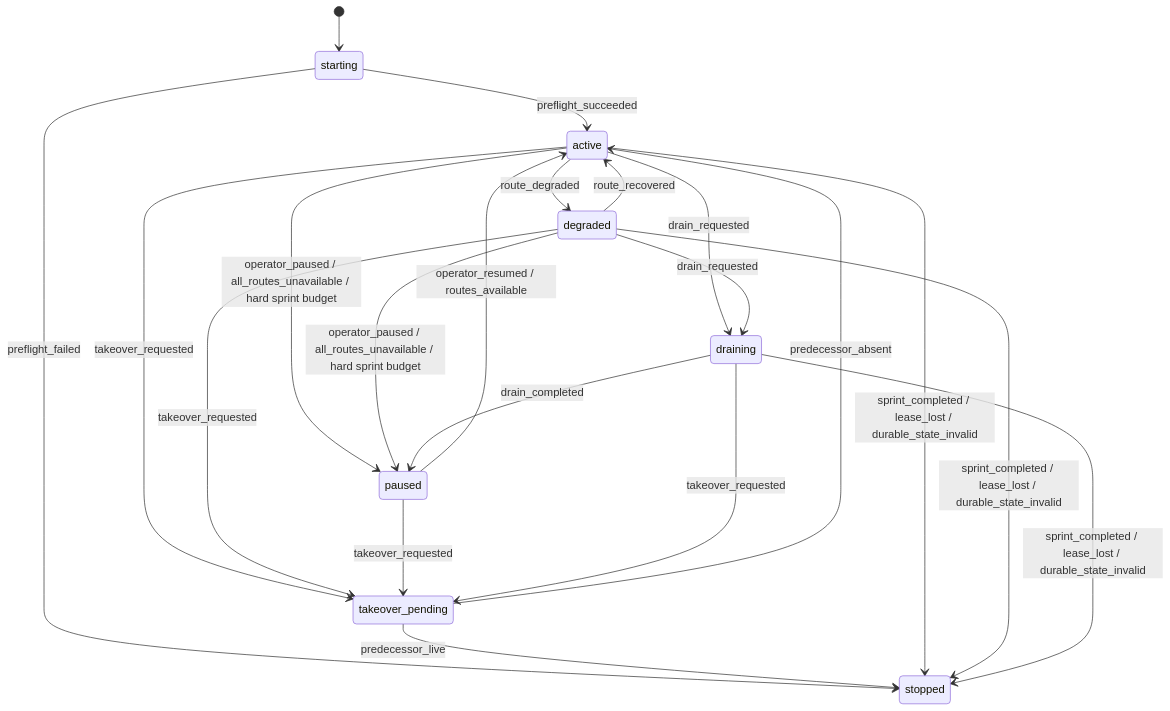
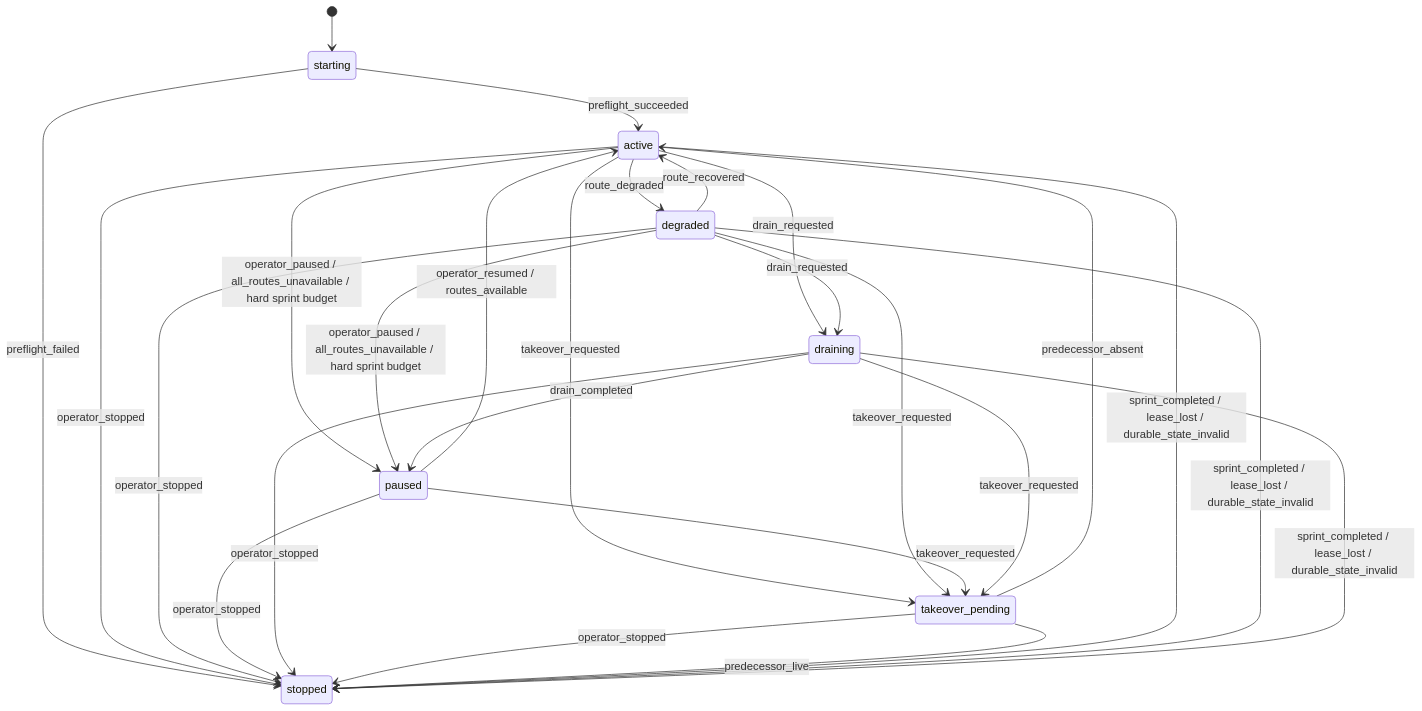
One commit to Dusttoo/orka changed the first of 2 diagrams in docs/supervisor-lifecycle-contract.md. Above: the diagram before and after it, drawn with Mermaid. The commit also changed other lines of this file and 13 other files, not shown here.

````diff
--- a/docs/supervisor-lifecycle-contract.md
+++ b/docs/supervisor-lifecycle-contract.md
@@ -33,23 +33,28 @@
 ```mermaid
 stateDiagram-v2
     [*] --> starting
     starting --> active: preflight_succeeded
     starting --> stopped: preflight_failed
     active --> degraded: route_degraded
     degraded --> active: route_recovered
     active --> paused: operator_paused / all_routes_unavailable / hard sprint budget
     degraded --> paused: operator_paused / all_routes_unavailable / hard sprint budget
     paused --> active: operator_resumed / routes_available
+    active --> stopped: operator_stopped
+    degraded --> stopped: operator_stopped
+    paused --> stopped: operator_stopped
+    draining --> stopped: operator_stopped
+    takeover_pending --> stopped: operator_stopped
     active --> draining: drain_requested
     degraded --> draining: drain_requested
     draining --> paused: drain_completed
     active --> takeover_pending: takeover_requested
     degraded --> takeover_pending: takeover_requested
     paused --> takeover_pending: takeover_requested
     draining --> takeover_pending: takeover_requested
     takeover_pending --> active: predecessor_absent
     takeover_pending --> stopped: predecessor_live
     active --> stopped: sprint_completed / lease_lost / durable_state_invalid
     degraded --> stopped: sprint_completed / lease_lost / durable_state_invalid
     draining --> stopped: sprint_completed / lease_lost / durable_state_invalid
 ```
````
